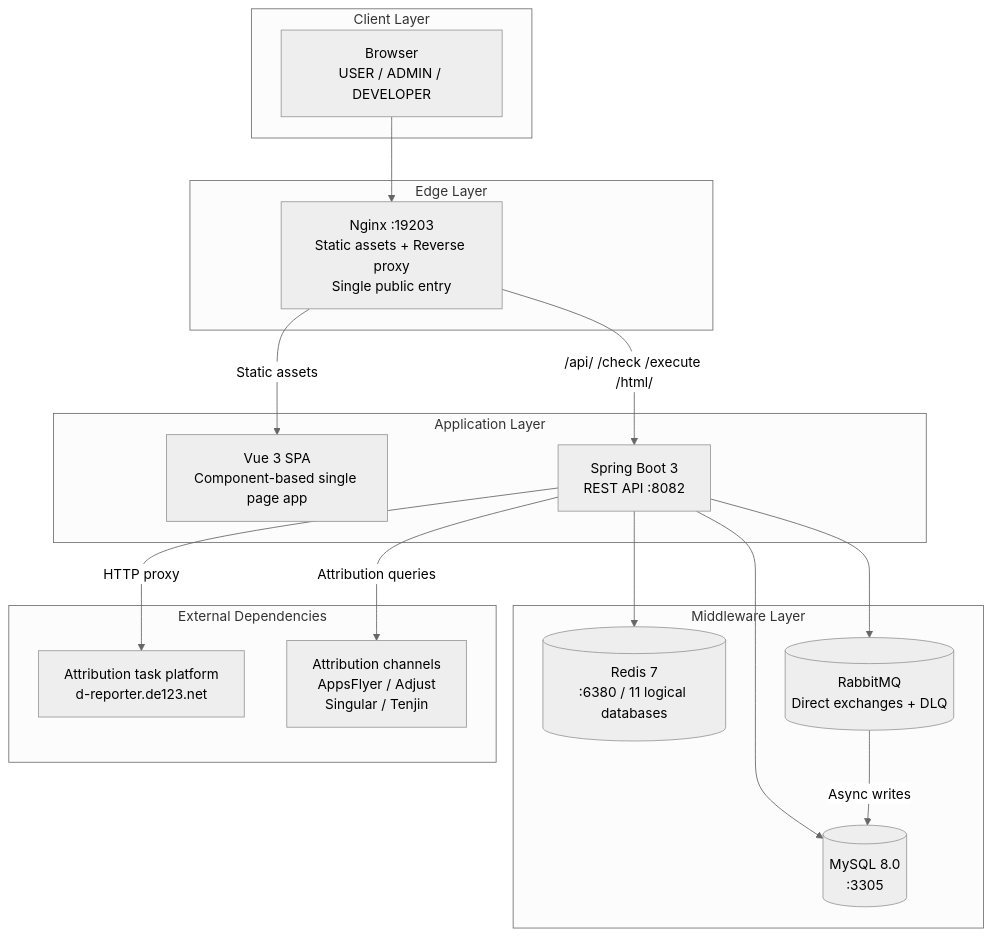
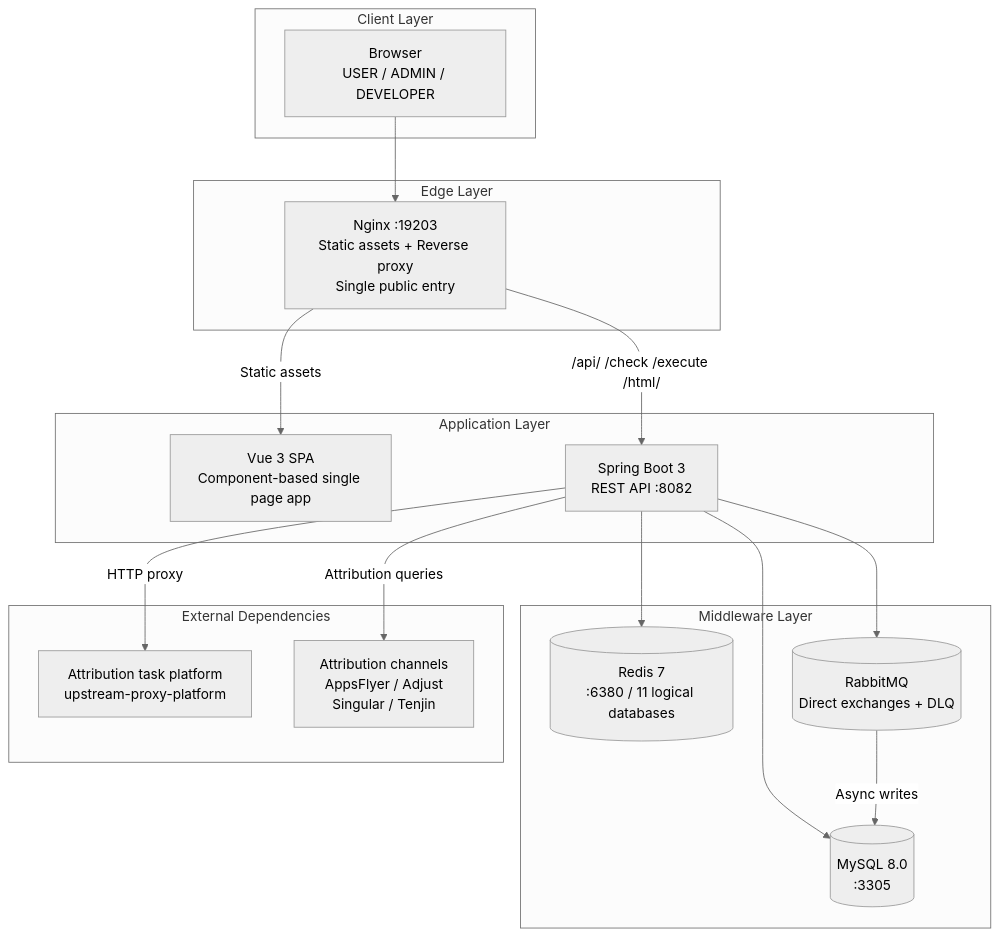
Before and after one commit to MacawParrot-g/data-traffic-system-YQ5287476: the fourth of 6 diagrams in README.md, drawn with Mermaid (neutral theme). The commit also changed other lines of this file and 1 other file, not shown here.

````diff
--- a/README.md
+++ b/README.md
@@ -527,36 +527,36 @@
 ```mermaid
 graph TB
     subgraph CL["Client Layer"]
         B["Browser<br/>USER / ADMIN / DEVELOPER"]
     end
 
     subgraph EDGE["Edge Layer"]
         N["Nginx :19203<br/>Static assets + Reverse proxy<br/>Single public entry"]
     end
 
     subgraph APP["Application Layer"]
         FE["Vue 3 SPA<br/>Component-based single page app"]
         BE["Spring Boot 3<br/>REST API :8082"]
     end
 
     subgraph MID["Middleware Layer"]
         DB[("MySQL 8.0<br/>:3305")]
         RD[("Redis 7<br/>:6380 / 11 logical databases")]
         MQ[("RabbitMQ<br/>Direct exchanges + DLQ")]
     end
 
     subgraph EXT["External Dependencies"]
-        UP["Attribution task platform<br/>d-reporter.de123.net"]
+        UP["Attribution task platform<br/>upstream-proxy-platform"]
         MMP["Attribution channels<br/>AppsFlyer / Adjust<br/>Singular / Tenjin"]
     end
 
     B --> N
     N -->|"Static assets"| FE
     N -->|"/api/ /check /execute /html/"| BE
     BE --> DB
     BE --> RD
     BE --> MQ
     BE -->|"HTTP proxy"| UP
     BE -->|"Attribution queries"| MMP
     MQ -->|"Async writes"| DB
 ```
````
